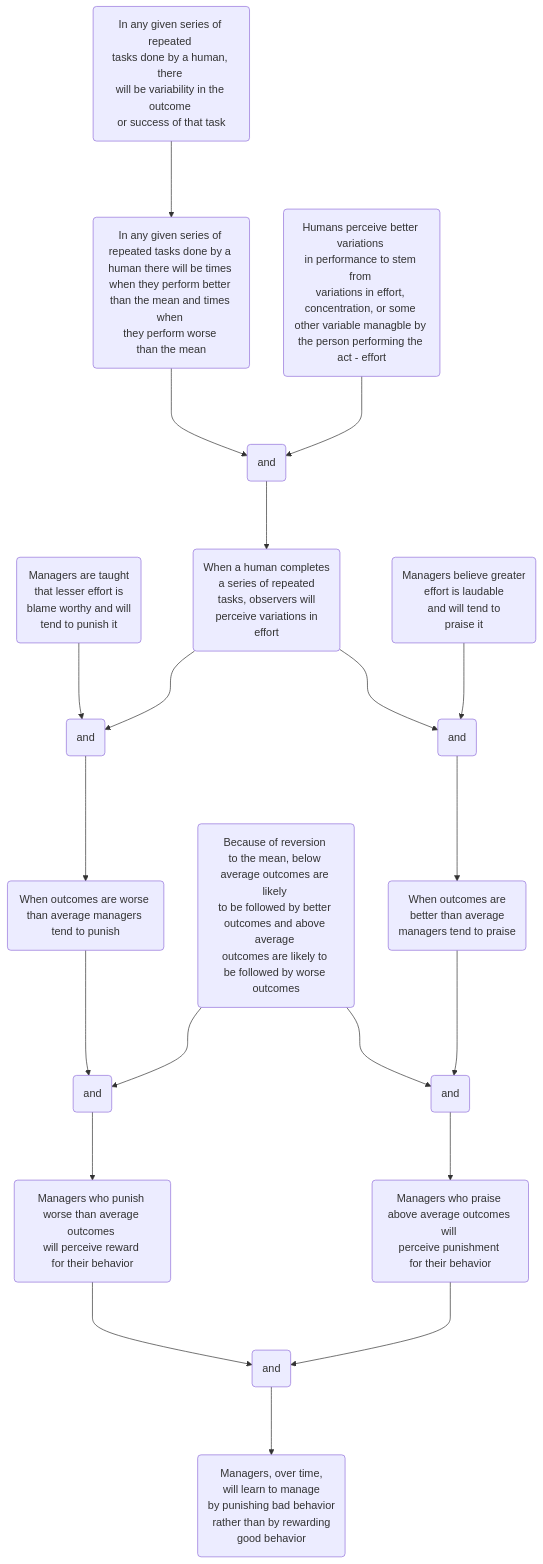
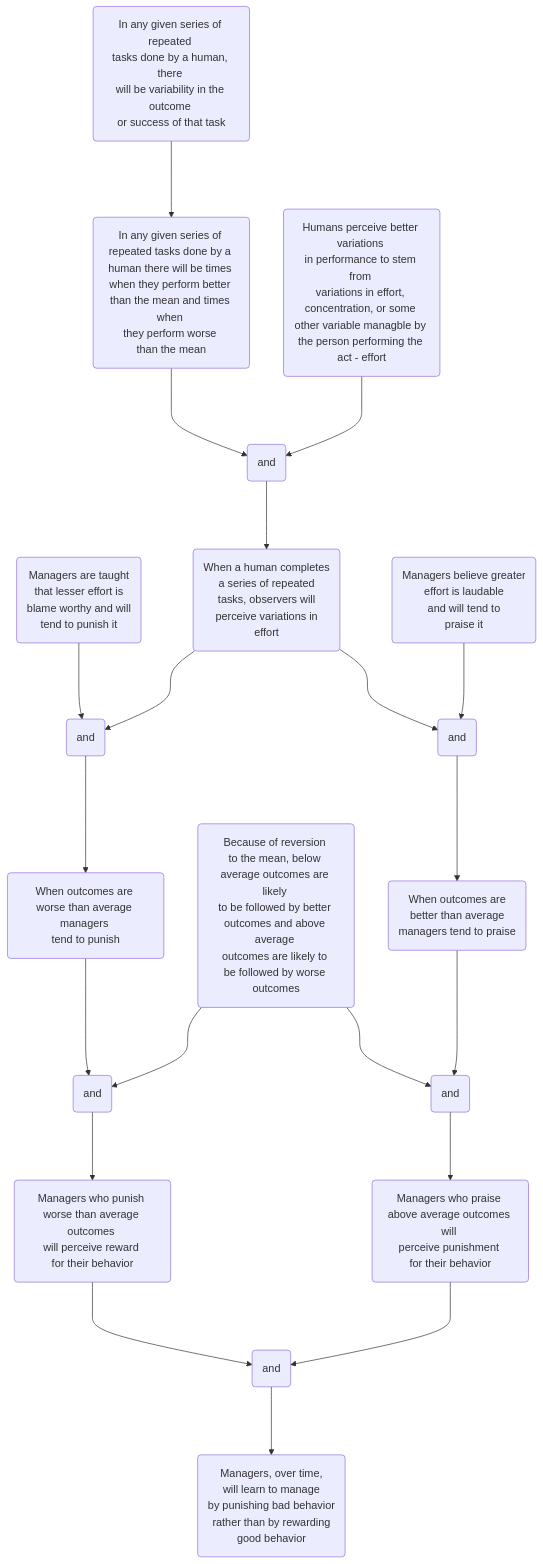
The diagram in Why_Managers_Learn_To_Manage_Negatively.md (hwetsman/TOC_Trees), drawn with Mermaid before and after one commit.

Commit message:
Refactor: fix breaks in worse_outcomes

`````diff
--- a/Why_Managers_Learn_To_Manage_Negatively.md
+++ b/Why_Managers_Learn_To_Manage_Negatively.md
@@ -1,41 +1,41 @@
 ```mermaid
 flowchart TB
 
 human_variability(In any given series of repeated <br>tasks done by a human, there <br>will be variability in the outcome <br>or success of that task)
 above_and_below(In any given series of <br>repeated tasks done by a <br>human there will be times <br>when they perform better <br>than the mean and times when <br>they perform worse <br>than the mean)
   human_variability--->above_and_below
 human_perception(Humans perceive better variations <br>in performance to stem from <br>variations in effort, <br>concentration, or some <br>other variable managble by <br>the person performing the <br>act - effort)
   and1(and)
   above_and_below--->and1
   human_perception--->and1
   lesser_effort(Managers are taught <br>that lesser effort is <br>blame worthy and will <br>tend to punish it)
   observer_perception(When a human completes <br>a series of repeated <br>tasks, observers will <br>perceive variations in <br>effort)
     and1--->observer_perception
   managers_belief(Managers believe greater <br>effort is laudable <br>and will tend to <br>praise it)
     and2(and)
     and3(and)
     observer_perception--->and2
     observer_perception--->and3
       lesser_effort--->and2
       managers_belief--->and3
-    worse_outcomes(When outcomes are worse than average managers tend to punish)
+    worse_outcomes(When outcomes are <br>worse than average managers <br>tend to punish)
       and2--->worse_outcomes
     reversion(Because of reversion <br>to the mean, below <br>average outcomes are likely <br>to be followed by better <br>outcomes and above average <br>outcomes are likely to <br>be followed by worse outcomes)
     better_outcomes(When outcomes are <br>better than average <br>managers tend to praise)
       and3--->better_outcomes
       and4(and)
       and5(and)
         worse_outcomes--->and4
         reversion--->and4
         reversion--->and5
         better_outcomes--->and5
       managers_punish(Managers who punish <br>worse than average outcomes <br>will perceive reward <br>for their behavior)
         and4--->managers_punish
       managers_praise(Managers who praise <br>above average outcomes will <br>perceive punishment <br>for their behavior)
         and5--->managers_praise
         and6(and)
           managers_punish--->and6
           managers_praise--->and6
         managers_over_time(Managers, over time, <br>will learn to manage <br>by punishing bad behavior <br>rather than by rewarding <br>good behavior)
           and6--->managers_over_time
 ````
`````
